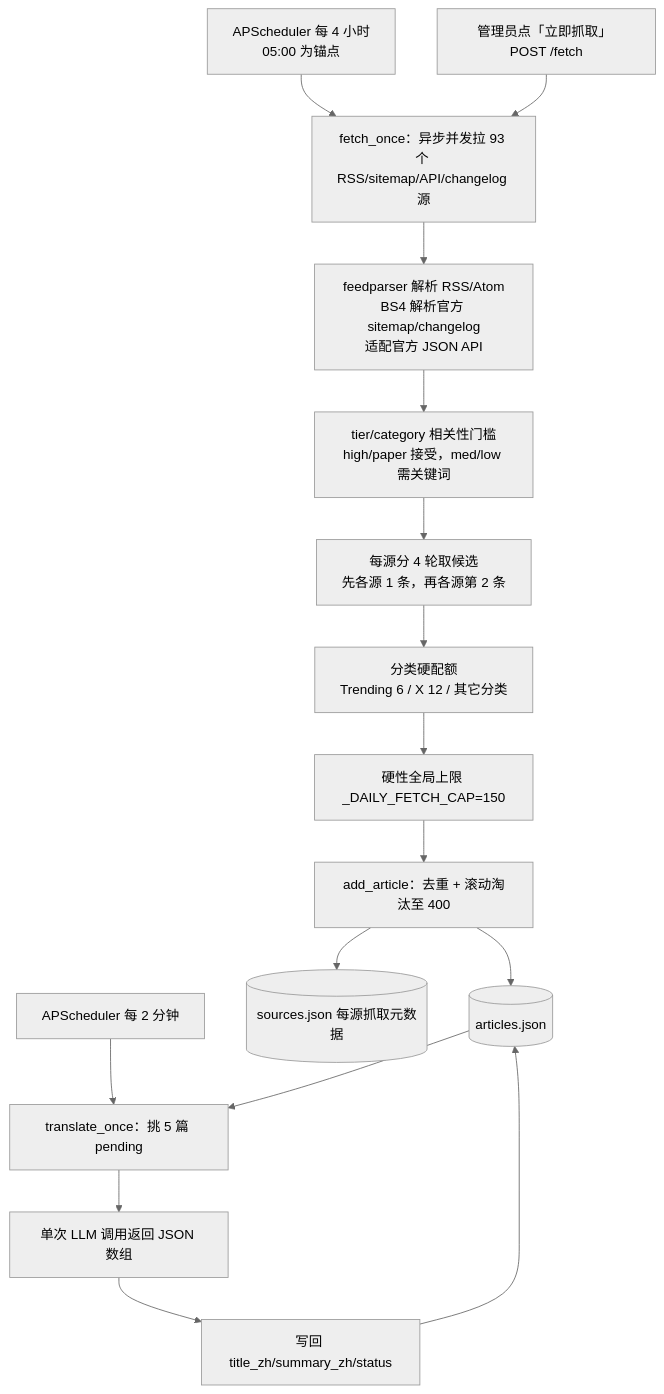
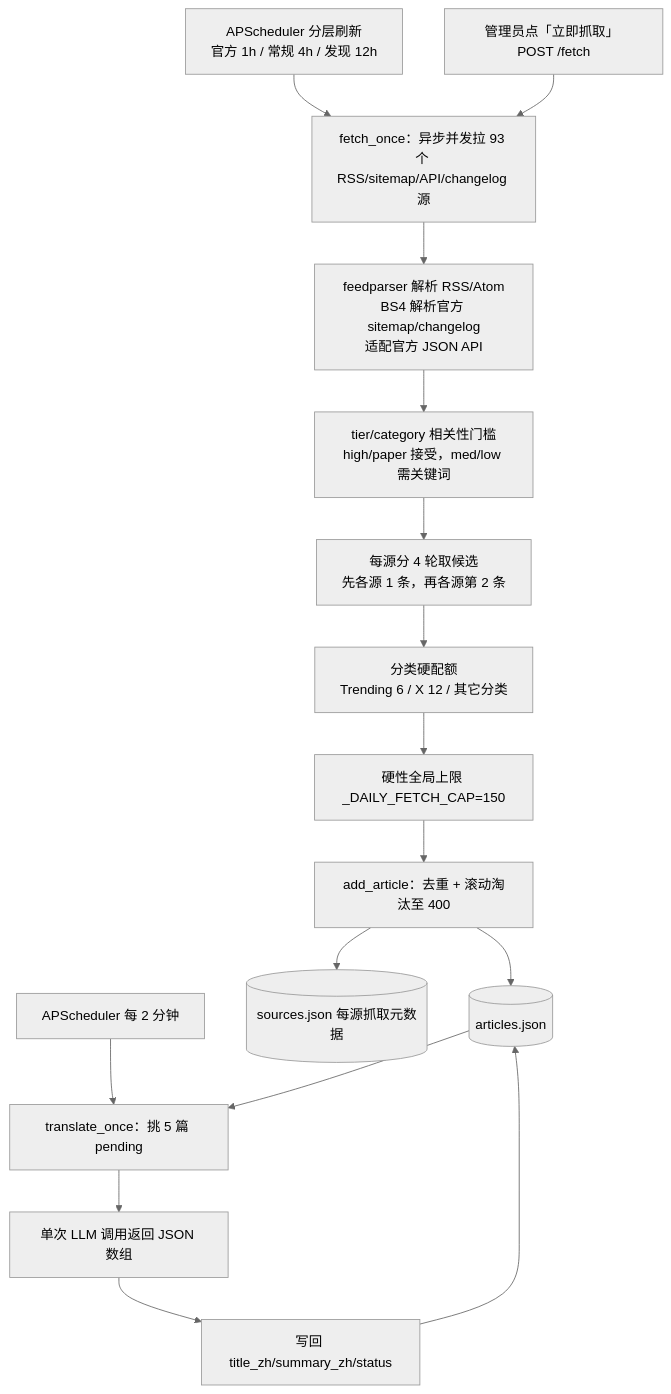
Before and after one commit to nikefd/ai-frontier-agent: the diagram in llmdoc/architecture/rss-pipeline-architecture.md, drawn with Mermaid (neutral theme). The commit also changed other lines of this file and 18 other files, not shown here.

````diff
--- a/llmdoc/architecture/rss-pipeline-architecture.md
+++ b/llmdoc/architecture/rss-pipeline-architecture.md
@@ -10,20 +10,20 @@
 ```mermaid
 flowchart TD
-  cron[APScheduler 每 4 小时<br/>05:00 为锚点] --> fetch
+  cron[APScheduler 分层刷新<br/>官方 1h / 常规 4h / 发现 12h] --> fetch
   manual[管理员点「立即抓取」 POST /fetch] --> fetch
   fetch[fetch_once：异步并发拉 93 个 RSS/sitemap/API/changelog 源]
   fetch --> parse[feedparser 解析 RSS/Atom<br/>BS4 解析官方 sitemap/changelog<br/>适配官方 JSON API]
   parse --> gate[tier/category 相关性门槛<br/>high/paper 接受，med/low 需关键词]
   gate --> rounds[每源分 4 轮取候选<br/>先各源 1 条，再各源第 2 条]
   rounds --> category[分类硬配额<br/>Trending 6 / X 12 / 其它分类]
   category --> global[硬性全局上限 _DAILY_FETCH_CAP=150]
   global --> store[add_article：去重 + 滚动淘汰至 400]
   store --> articles[(articles.json)]
   store --> meta[(sources.json 每源抓取元数据)]
 
   tick[APScheduler 每 2 分钟] --> trans[translate_once：挑 5 篇 pending]
   articles --> trans
   trans --> llm[单次 LLM 调用返回 JSON 数组]
   llm --> writeback[写回 title_zh/summary_zh/status]
   writeback --> articles
 ```
````
